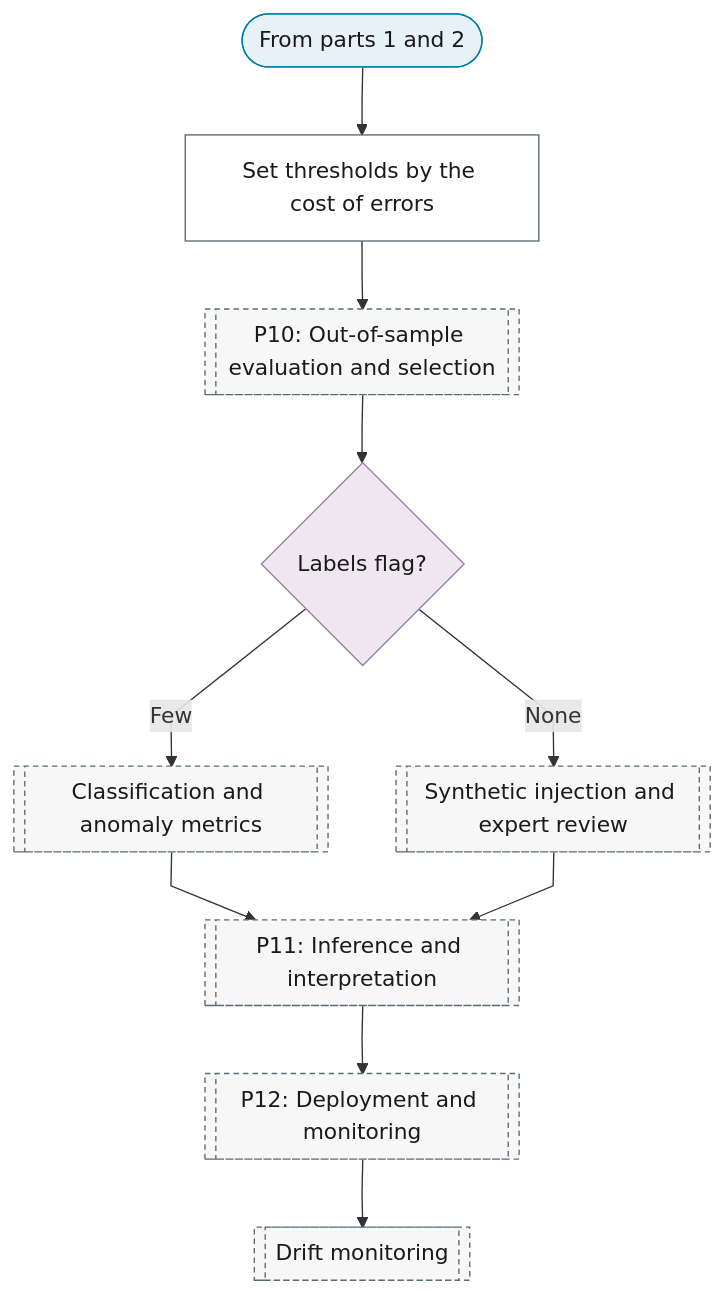
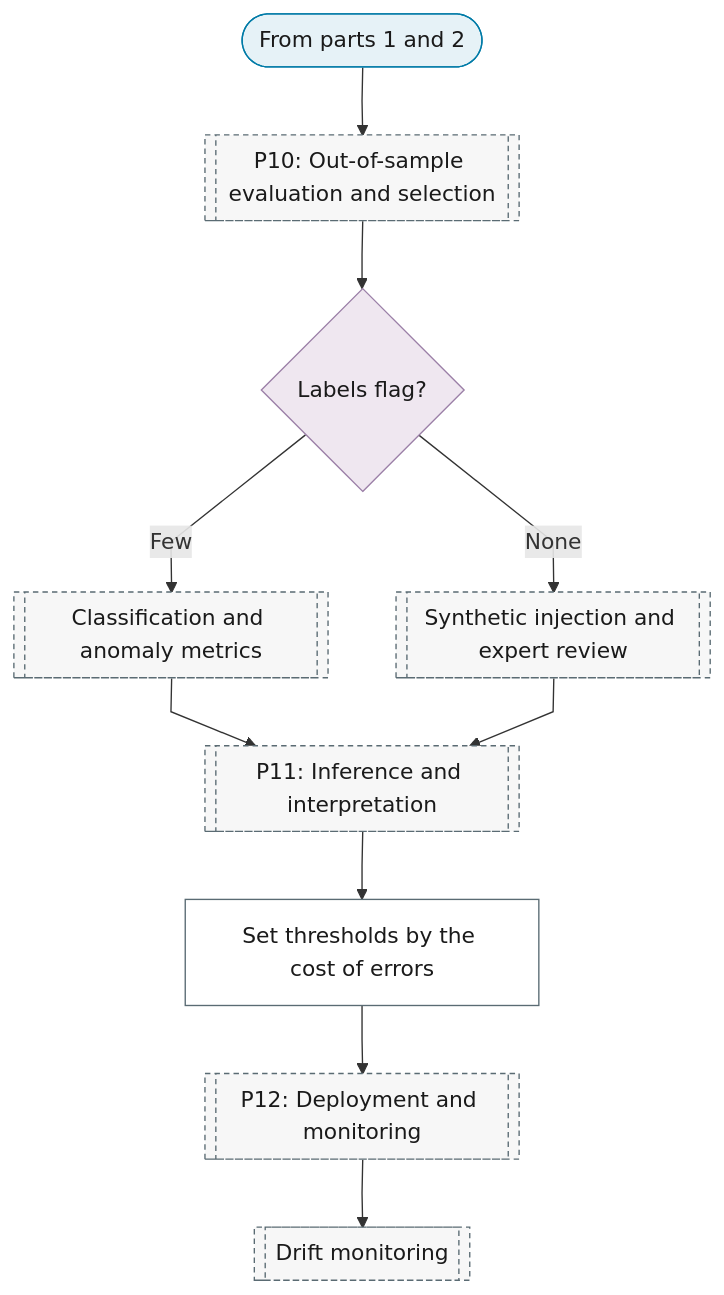
One commit to Shuxin-Y/time-series-analysis-manual changed the third of 3 diagrams in docs/01-workflow/p00-purpose/05-anomaly-regime-detection.md. Above: the diagram before and after it, drawn with Mermaid. The commit also changed other lines of this file and 14 other files, not shown here.

````diff
--- a/docs/01-workflow/p00-purpose/05-anomaly-regime-detection.md
+++ b/docs/01-workflow/p00-purpose/05-anomaly-regime-detection.md
@@ -73,24 +73,24 @@
 ```mermaid
 %%{init: {"flowchart": {"curve": "linear"}}}%%
 graph TD
-    P0_AN_PART_3_IN(["From parts 1 and 2"]) --> P0_AN_THRESHOLD["Set thresholds by the cost of errors"]
-    P0_AN_THRESHOLD --> P10[["P10: Out-of-sample evaluation and selection"]]
+    P0_AN_PART_3_IN(["From parts 1 and 2"]) --> P10[["P10: Out-of-sample evaluation and selection"]]
     P10 --> P0_AN_LABELS{"Labels flag?"}
     P0_AN_LABELS -->|"Few"| P10_CLASSIFICATION_METRICS[["Classification and anomaly metrics"]]
     P0_AN_LABELS -->|"None"| P10_UNLABELLED[["Synthetic injection and expert review"]]
     P10_CLASSIFICATION_METRICS & P10_UNLABELLED --> P11[["P11: Inference and interpretation"]]
-    P11 --> P12[["P12: Deployment and monitoring"]]
+    P11 --> P0_AN_THRESHOLD["Set thresholds by the cost of errors"]
+    P0_AN_THRESHOLD --> P12[["P12: Deployment and monitoring"]]
     P12 --> P12_DRIFT_MONITORING[["Drift monitoring"]]
     class P0_AN_PART_3_IN terminator
     class P0_AN_LABELS decision
     class P0_AN_THRESHOLD process
     class P10,P10_CLASSIFICATION_METRICS,P10_UNLABELLED,P11,P12,P12_DRIFT_MONITORING ref
     classDef terminator fill:#E6F2F7,stroke:#007BA7,color:#1A1A1A;
     classDef process fill:#FFFFFF,stroke:#5A6B73,color:#1A1A1A;
     classDef decision fill:#EFE7F0,stroke:#9B7FA7,color:#1A1A1A;
     classDef data fill:#FFF4E0,stroke:#C9A55E,color:#1A1A1A;
     classDef good fill:#DCEFD8,stroke:#4A7A3F,color:#1A1A1A;
     classDef escalate fill:#FFE9C2,stroke:#C9A55E,color:#1A1A1A;
     classDef problem fill:#F2D9DE,stroke:#800020,color:#1A1A1A;
     classDef ref fill:#F7F7F7,stroke:#5A6B73,color:#1A1A1A,stroke-dasharray:4 3;
 ```
````
